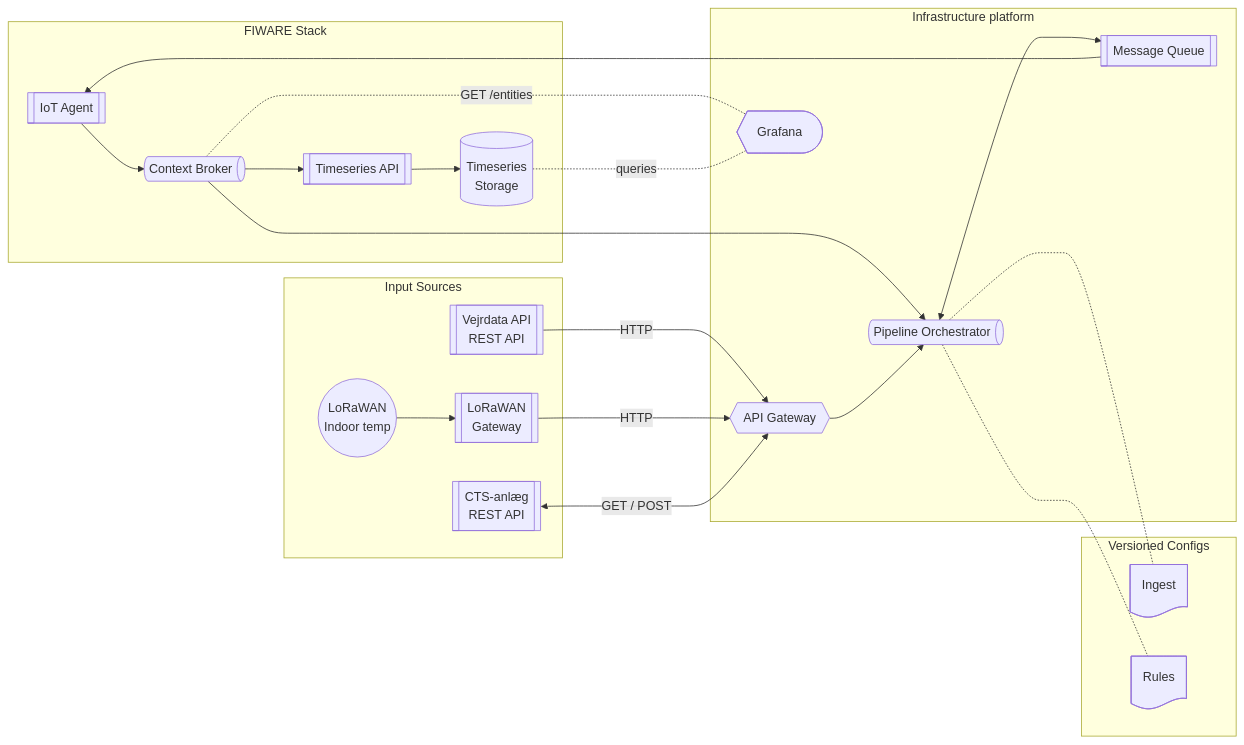
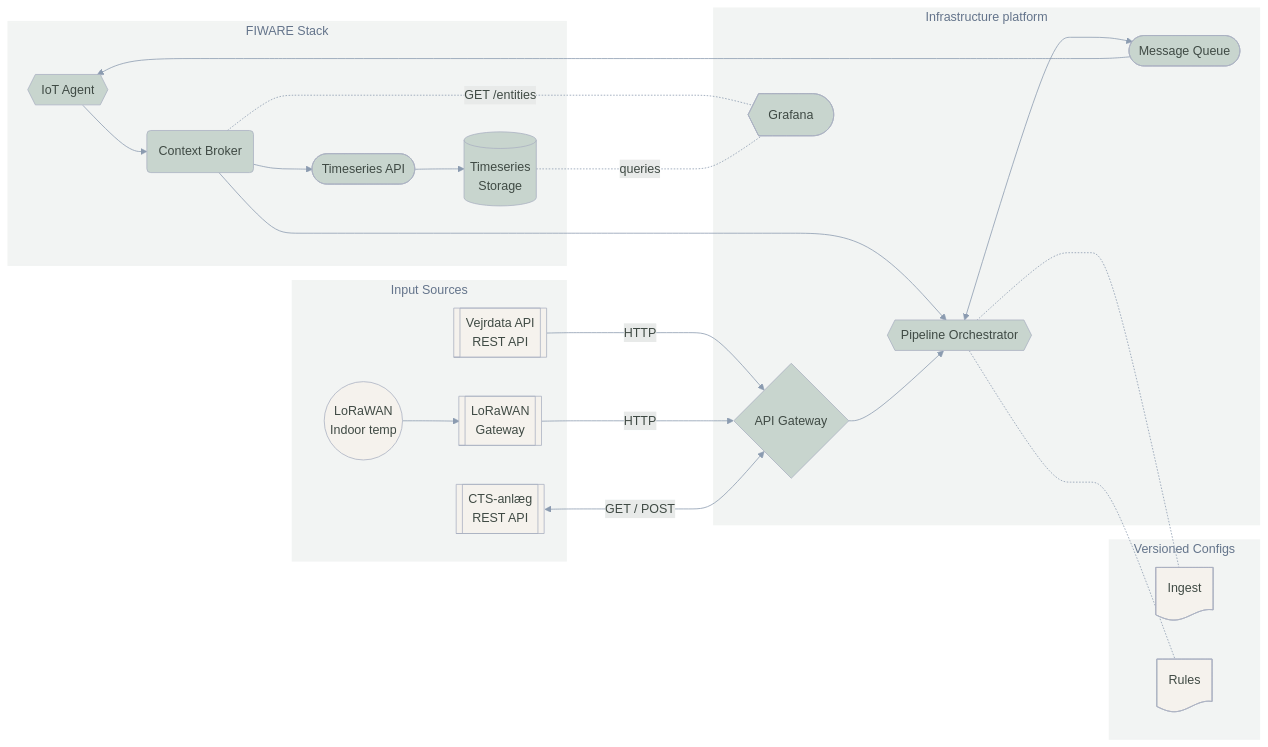
The diagram in docs/content/architecture.md (OS2sandbox/ai-heatcontrol), drawn with Mermaid before and after one commit. The commit also changed other lines of this file and 1 other file, not shown here.

Commit message:
feat: enhance architecture diagram styling and layout for better clarity

````diff
--- a/docs/content/architecture.md
+++ b/docs/content/architecture.md
@@ -13,43 +13,54 @@
 ```mermaid
+%%{init: {"theme": "base", "themeVariables": {"primaryColor": "#C8D5CE", "primaryTextColor": "#3F4A44", "primaryBorderColor": "#AAB1C2", "lineColor": "#8B9BB0", "secondaryColor": "#D7C1E3", "tertiaryColor": "#F2F4F3", "edgeLabelBackground": "#E8EAE9", "edgeLabelText": "#3F4A44"}}}%%
 flowchart LR
-subgraph FIWARE ["FIWARE Stack"]
-        IOT@{ shape: subroutine, label: "IoT Agent" }
-        ORION@{ shape: h-cyl, label: "Context Broker" }
-        QL@{ shape: fr-rect, label: "Timeseries API" }
+    subgraph FIWARE ["FIWARE Stack"]
+        style FIWARE fill:#F2F4F3,stroke:#F2F4F3,stroke-width:2px,color:#64748B
+        IOT{{IoT Agent}}
+        ORION("Context Broker")
+        QL(["Timeseries API"])
         TS[(Timeseries<br/>Storage)]
     end
 
     subgraph INPUT ["Input Sources"]
+        style INPUT fill:#F2F4F3,stroke:#F2F4F3,stroke-width:2px,color:#64748B
         LORA((LoRaWAN<br/>Indoor temp))
         GATEWAY[[LoRaWAN<br/>Gateway]]
         CTS[[CTS-anlæg<br/>REST API]]
         WEATHER[[Vejrdata API<br/>REST API]]
+        style LORA fill:#F5F2ED,color:#3F4A44
+        style GATEWAY fill:#F5F2ED,color:#3F4A44
+        style CTS fill:#F5F2ED,color:#3F4A44
+        style WEATHER fill:#F5F2ED,color:#3F4A44
     end
     
     subgraph VCS ["Versioned Configs"]
-    P1@{ shape: doc, label: "Ingest" }
-    P2@{ shape: doc, label: "Rules" }
+        style VCS fill:#F2F4F3,stroke:#F2F4F3,stroke-width:2px,color:#64748B
+        P1@{ shape: doc, label: "Ingest" }
+        P2@{ shape: doc, label: "Rules" }
+        style P1 fill:#F5F2ED,color:#3F4A44
+        style P2 fill:#F5F2ED,color:#3F4A44
     end
 
-    subgraph PLATFORM["Infrastructure platform"]
-    NATS@{ shape: subroutine, label: "Message Queue" }
-    INGRESS@{ shape: hex, label: "API Gateway" }
-    PIPELINE@{ shape: h-cyl, label: "Pipeline Orchestrator" }
-    GRAFANA@{ shape: curv-trap, label: "Grafana" }
+    subgraph PLATFORM ["Infrastructure platform"]
+        style PLATFORM fill:#F2F4F3,stroke:#F2F4F3,stroke-width:2px,color:#64748B
+        NATS(["Message Queue"])
+        INGRESS{API Gateway}
+        PIPELINE{{Pipeline Orchestrator}}
+        GRAFANA@{ shape: curv-trap, label: "Grafana" }
     end
     
     
     ORION --> PIPELINE 
     PIPELINE -..- P1 & P2
     WEATHER --->|HTTP| INGRESS
     LORA --> GATEWAY --->|HTTP| INGRESS
     INGRESS --> PIPELINE
     CTS <--->|GET / POST| INGRESS 
 
     PIPELINE <---> NATS ---------> IOT
     IOT --> ORION
     ORION --> QL
     QL --> TS
     ORION <-..-|GET /entities| GRAFANA
     TS <-.-|queries| GRAFANA
 ```
````
